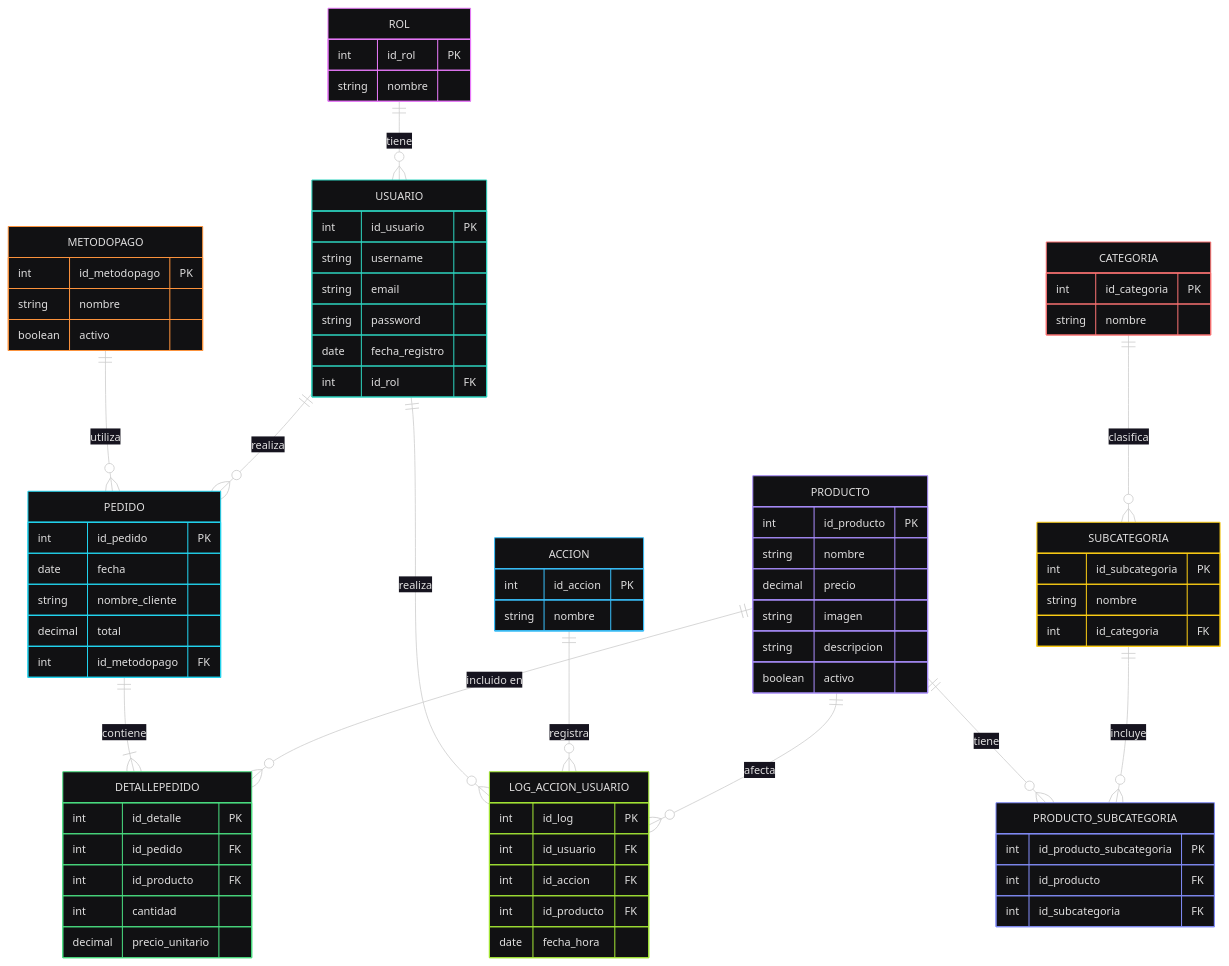
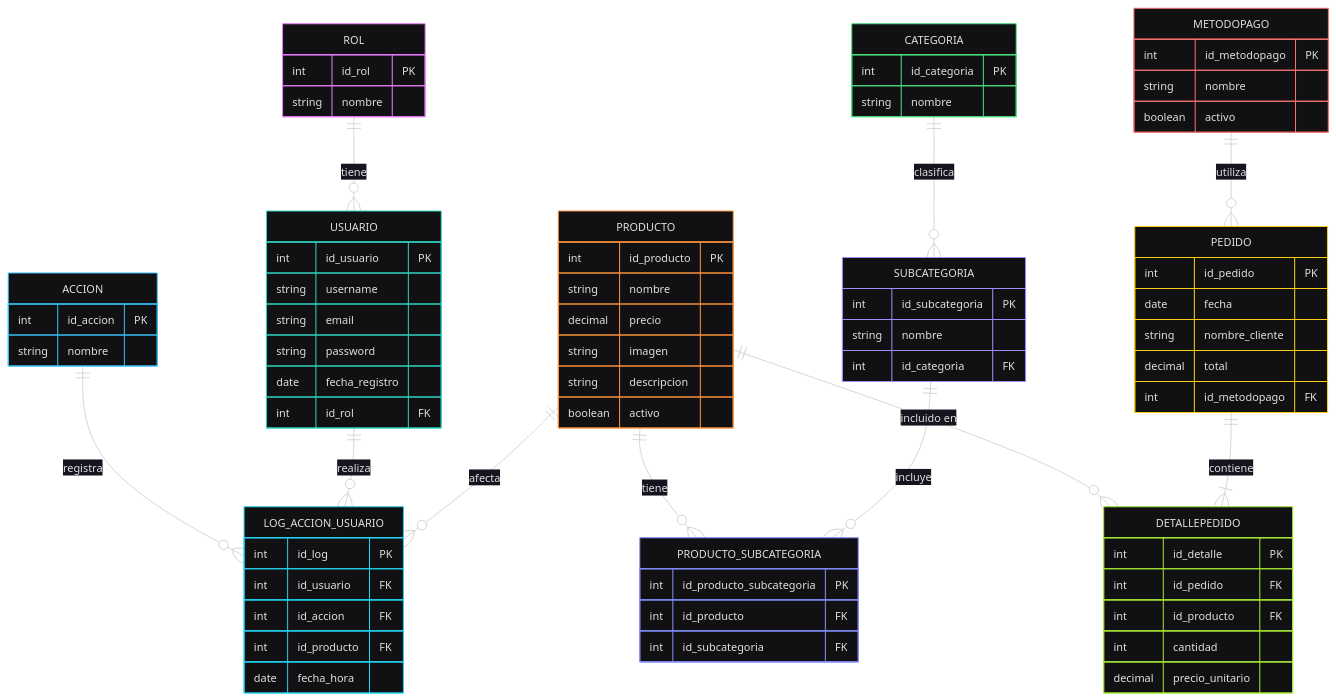
One commit to Ivnfdzz/PickNPlay changed the diagram in der.mmd. Above: the diagram before and after it, drawn with Mermaid.

Commit message:
Pequeña correccion en el DER sobre relacion de entidad usuario-pedido

```diff
--- a/der.mmd
+++ b/der.mmd
@@ -1,93 +1,92 @@
 ---
 config:
     theme: redux-dark-color
 id: d7fccb09-ca00-4c54-95aa-b75fb2248efb
 ---
 erDiagram
     ROL ||--o{ USUARIO : "tiene"
+    PRODUCTO ||--o{ LOG_ACCION_USUARIO : "afecta"
+    CATEGORIA ||--o{ SUBCATEGORIA : "clasifica"
     METODOPAGO ||--o{ PEDIDO: "utiliza"
-    USUARIO ||--o{ PEDIDO : "realiza"
+    SUBCATEGORIA ||--o{ PRODUCTO_SUBCATEGORIA : "incluye"
+    PRODUCTO ||--o{ PRODUCTO_SUBCATEGORIA : "tiene"
     PEDIDO ||--|{ DETALLEPEDIDO : "contiene"
     PRODUCTO ||--o{ DETALLEPEDIDO : "incluido en"
-    CATEGORIA ||--o{ SUBCATEGORIA : "clasifica"
-    PRODUCTO ||--o{ PRODUCTO_SUBCATEGORIA : "tiene"
     USUARIO ||--o{ LOG_ACCION_USUARIO : "realiza"
-    SUBCATEGORIA ||--o{ PRODUCTO_SUBCATEGORIA : "incluye"
     ACCION ||--o{ LOG_ACCION_USUARIO : "registra"
-    PRODUCTO ||--o{ LOG_ACCION_USUARIO : "afecta"
     
 
     USUARIO {
         int id_usuario PK
         string username
         string email
         string password
         date fecha_registro
         int id_rol FK
     }
 
     ROL {
         int id_rol PK
         string nombre
     }
 
     PEDIDO {
         int id_pedido PK
         date fecha
         string nombre_cliente
         decimal total
         int id_metodopago FK
     }
 
     METODOPAGO {
         int id_metodopago PK
         string nombre
         boolean activo
     }
 
     DETALLEPEDIDO {
         int id_detalle PK
         int id_pedido FK
         int id_producto FK
         int cantidad
         decimal precio_unitario
     }
 
     PRODUCTO {
         int id_producto PK
         string nombre
         decimal precio
         string imagen
         string descripcion
         boolean activo
     }
 
     CATEGORIA {
         int id_categoria PK
         string nombre
     }
 
     SUBCATEGORIA {
         int id_subcategoria PK
         string nombre
         int id_categoria FK
     }
 
     PRODUCTO_SUBCATEGORIA {
         int id_producto_subcategoria PK
         int id_producto FK
         int id_subcategoria FK
     }
 
     LOG_ACCION_USUARIO {
         int id_log PK
         int id_usuario FK
         int id_accion FK
         int id_producto FK
         date fecha_hora
     }
 
     ACCION {
         int id_accion PK
         string nombre
     }
```
